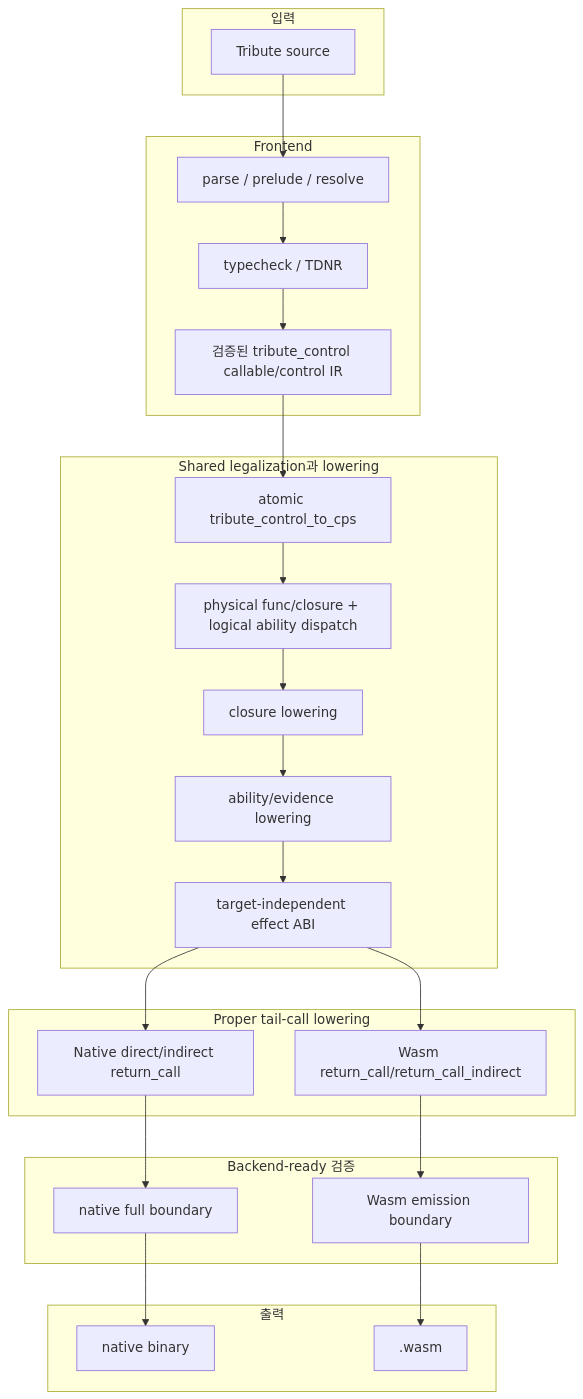
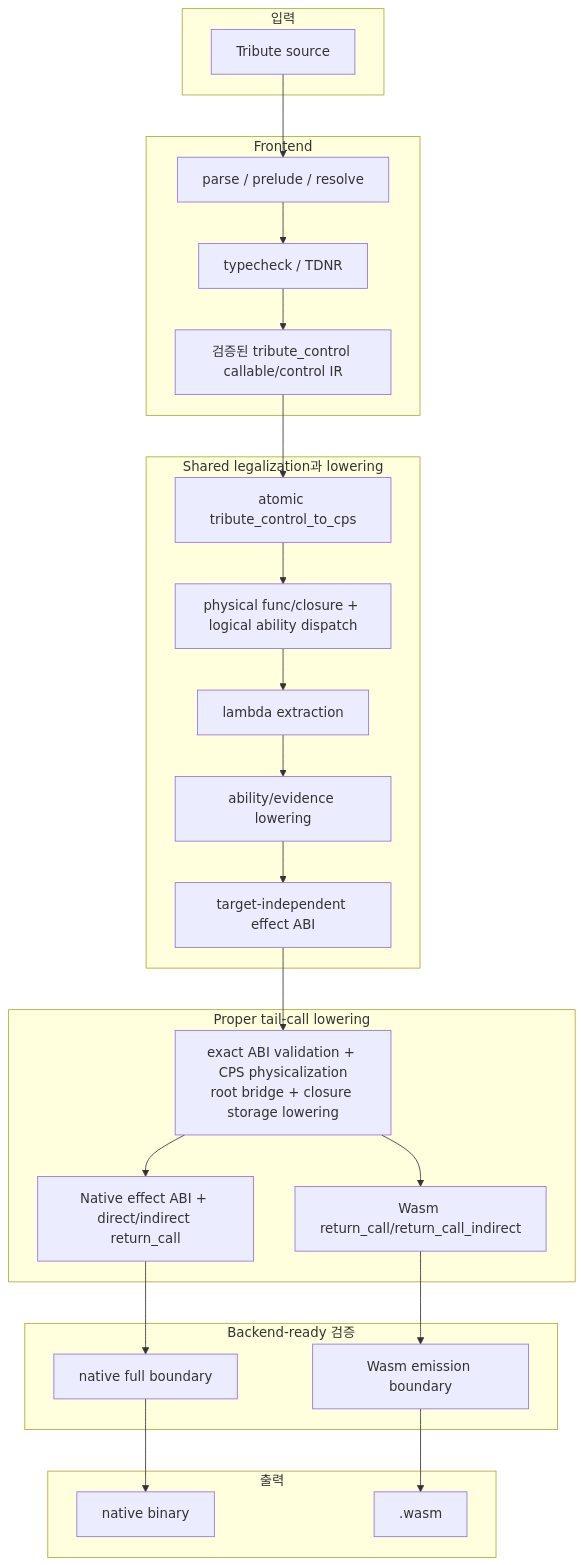
Before and after one commit to Kroisse/tribute: the diagram in new-plans/implementation.md, drawn with Mermaid. The commit also changed other lines of this file and 136 other files, not shown here.

First line of the commit message:
Remove legacy effect and ability lowering paths (#1034)

````diff
--- a/new-plans/implementation.md
+++ b/new-plans/implementation.md
@@ -991,50 +740,52 @@
 ```mermaid
 flowchart TB
     subgraph input["입력"]
         source["Tribute source"]
     end
 
     subgraph frontend["Frontend"]
         parse["parse / prelude / resolve"]
         typecheck["typecheck / TDNR"]
         direct["검증된 tribute_control callable/control IR"]
     end
 
     subgraph shared["Shared legalization과 lowering"]
         cps["atomic tribute_control_to_cps"]
         physical["physical func/closure + logical ability dispatch"]
-        closure["closure lowering"]
+        closure["lambda extraction"]
         ability["ability/evidence lowering"]
         effect["target-independent effect ABI"]
     end
 
     subgraph targets["Proper tail-call lowering"]
-        native_tail["Native direct/indirect return_call"]
+        target_abi["exact ABI validation + CPS physicalization\nroot bridge + closure storage lowering"]
+        native_tail["Native effect ABI + direct/indirect return_call"]
         wasm_tail["Wasm return_call/return_call_indirect"]
     end
 
     subgraph verify["Backend-ready 검증"]
         native_ready["native full boundary"]
         wasm_ready["Wasm emission boundary"]
     end
 
     subgraph output["출력"]
         native_bin["native binary"]
         wasm_bin[".wasm"]
     end
 
     source --> parse
     parse --> typecheck
     typecheck --> direct
     direct --> cps
     cps --> physical
     physical --> closure
     closure --> ability
     ability --> effect
-    effect --> native_tail
-    effect --> wasm_tail
+    effect --> target_abi
+    target_abi --> native_tail
+    target_abi --> wasm_tail
     native_tail --> native_ready
     wasm_tail --> wasm_ready
     native_ready --> native_bin
     wasm_ready --> wasm_bin
 ```
````
